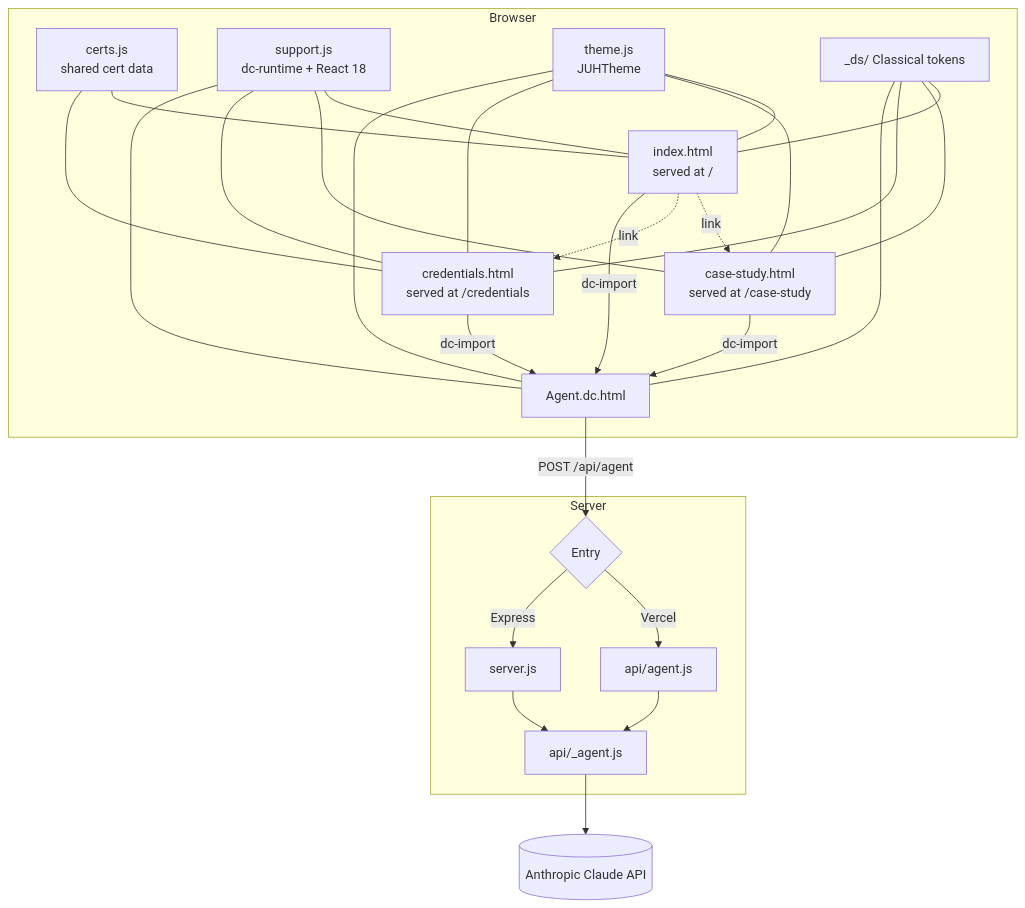
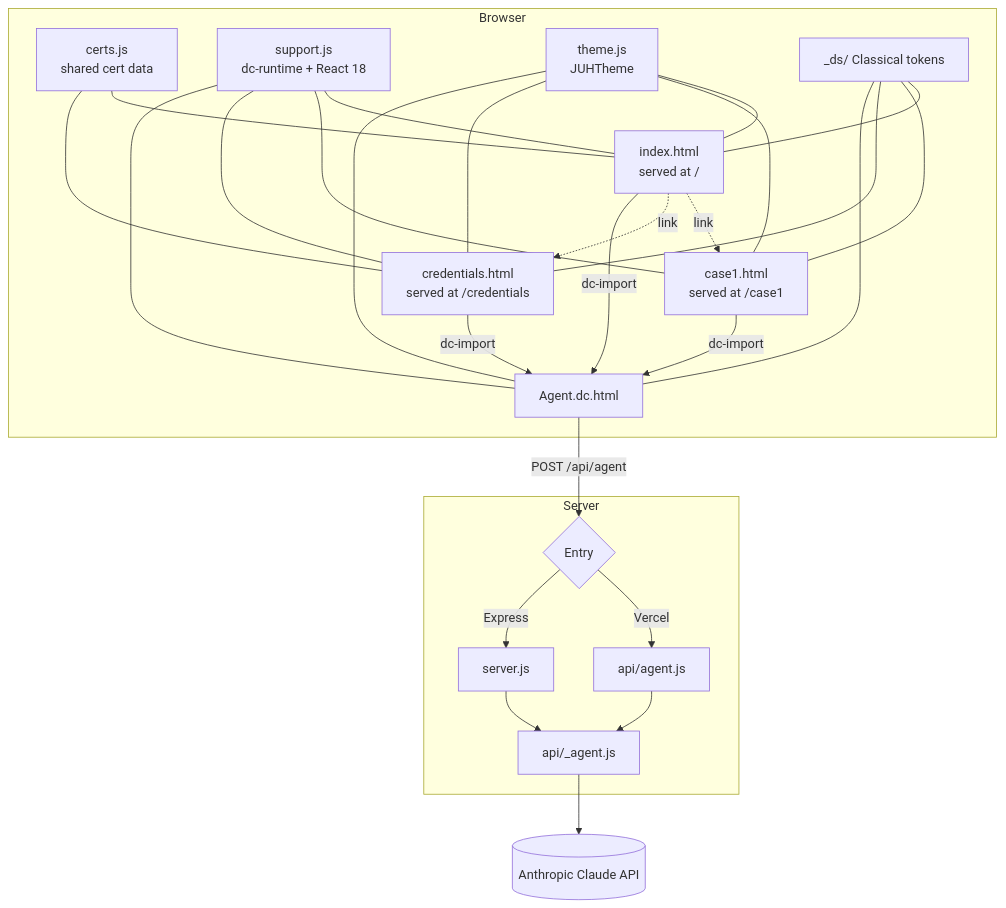
Before and after one commit to JawadulHadi/juh_Bukhari_Portfolio: the first of 2 diagrams in docs/wiki/Architecture.md, drawn with Mermaid. The commit also changed other lines of this file and 29 other files, not shown here.

````diff
--- a/docs/wiki/Architecture.md
+++ b/docs/wiki/Architecture.md
@@ -5,24 +5,24 @@
 ```mermaid
 flowchart TB
     subgraph Browser
         P[index.html<br/>served at /]
-        P -.->|link| CS[case-study.html<br/>served at /case-study]
+        P -.->|link| CS[case1.html<br/>served at /case1]
         P -.->|link| CR[credentials.html<br/>served at /credentials]
         CE[certs.js<br/>shared cert data] --- P & CR
         P -->|dc-import| AG[Agent.dc.html]
         CS -->|dc-import| AG
         CR -->|dc-import| AG
         RT[support.js<br/>dc-runtime + React 18] --- P & CS & CR & AG
         TH[theme.js<br/>JUHTheme] --- P & CS & CR & AG
         DS[_ds/ Classical tokens] --- P & CS & CR & AG
     end
     AG -- POST /api/agent --> EP
     subgraph Server
         EP{Entry}
         EP -->|Vercel| VI[api/agent.js]
         EP -->|Express| SJ[server.js]
         VI --> AH[api/_agent.js]
         SJ --> AH
     end
     AH --> CL[(Anthropic Claude API)]
 ```
````
